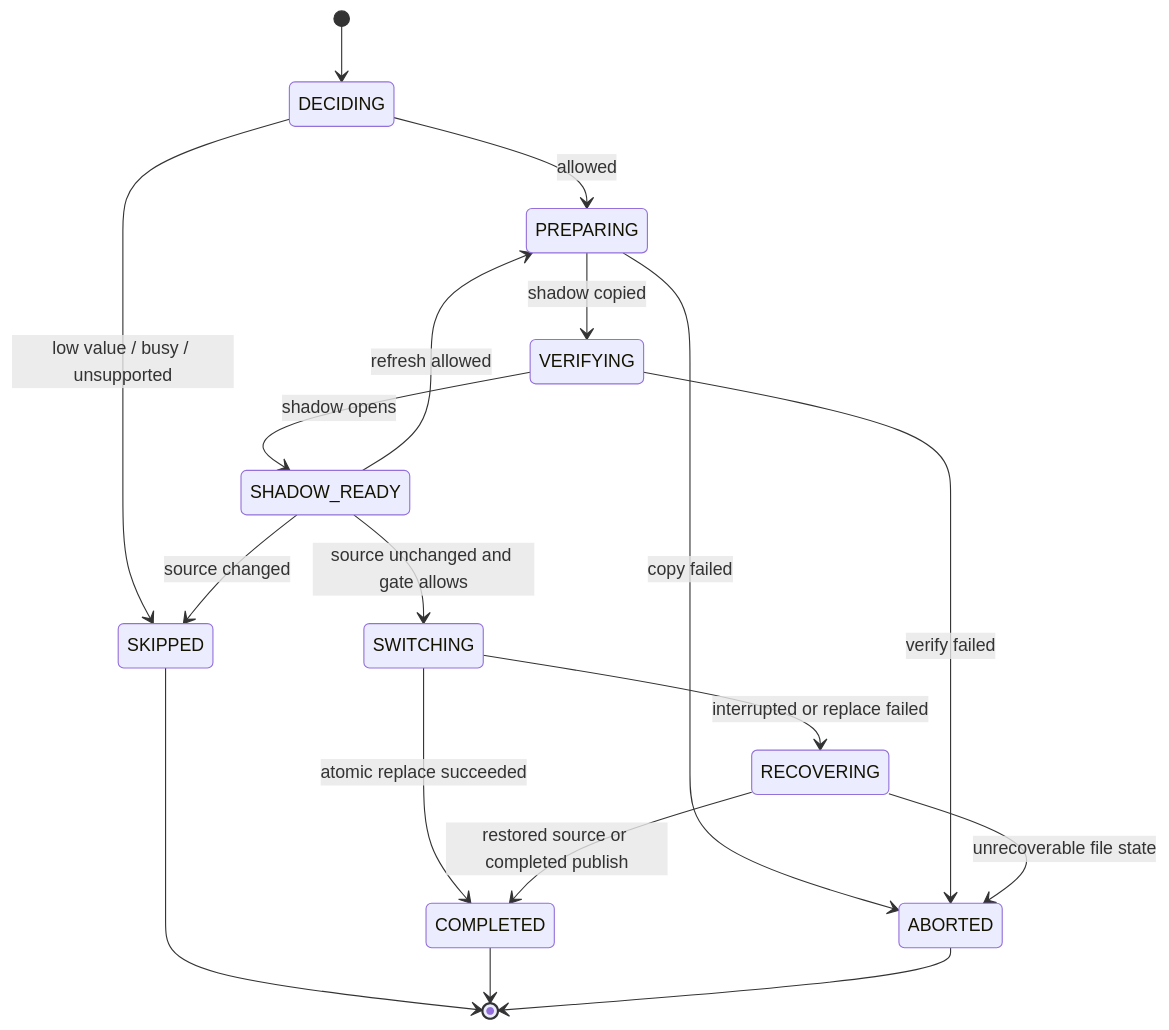
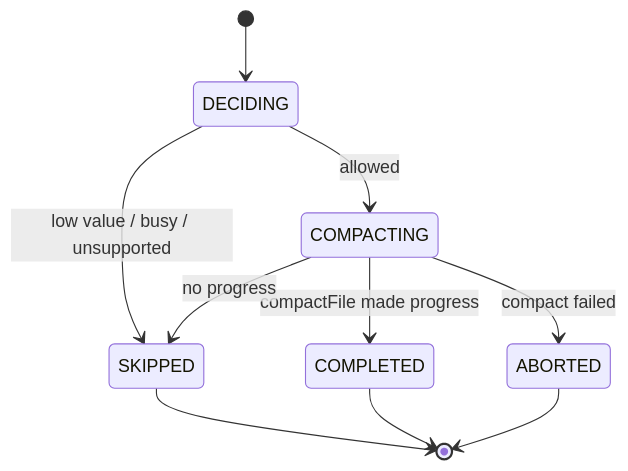
The first of 2 diagrams in h2/src/docsrc/html/mvstore-space-reclamation-s2-design.en.md (dibyang/h2db), drawn with Mermaid before and after one commit. The commit also changed other lines of this file and 3 other files, not shown here.

````diff
--- a/h2/src/docsrc/html/mvstore-space-reclamation-s2-design.en.md
+++ b/h2/src/docsrc/html/mvstore-space-reclamation-s2-design.en.md
@@ -130,20 +138,12 @@
 ```mermaid
 stateDiagram-v2
     [*] --> DECIDING
     DECIDING --> SKIPPED: low value / busy / unsupported
-    DECIDING --> PREPARING: allowed
-    PREPARING --> VERIFYING: shadow copied
-    PREPARING --> ABORTED: copy failed
-    VERIFYING --> SHADOW_READY: shadow opens
-    VERIFYING --> ABORTED: verify failed
-    SHADOW_READY --> SKIPPED: source changed
-    SHADOW_READY --> PREPARING: refresh allowed
-    SHADOW_READY --> SWITCHING: source unchanged and gate allows
-    SWITCHING --> COMPLETED: atomic replace succeeded
-    SWITCHING --> RECOVERING: interrupted or replace failed
-    RECOVERING --> COMPLETED: restored source or completed publish
-    RECOVERING --> ABORTED: unrecoverable file state
+    DECIDING --> COMPACTING: allowed
+    COMPACTING --> COMPLETED: compactFile made progress
+    COMPACTING --> SKIPPED: no progress
+    COMPACTING --> ABORTED: compact failed
     SKIPPED --> [*]
     COMPLETED --> [*]
     ABORTED --> [*]
 ```
````
